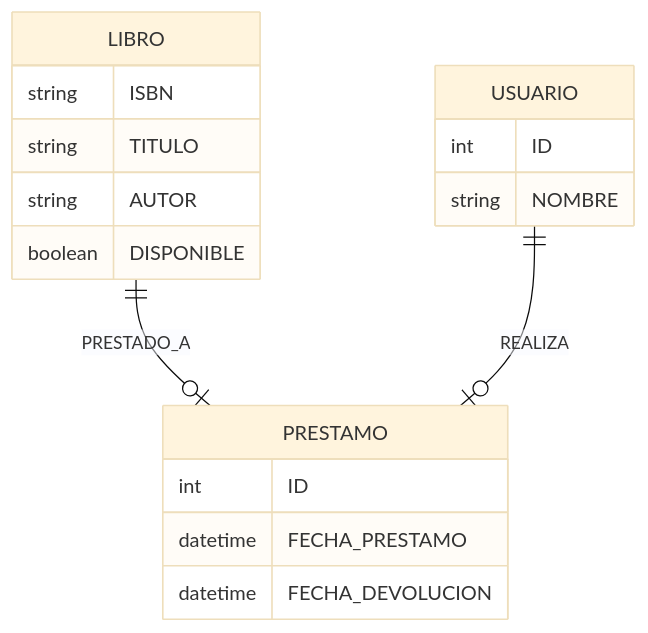
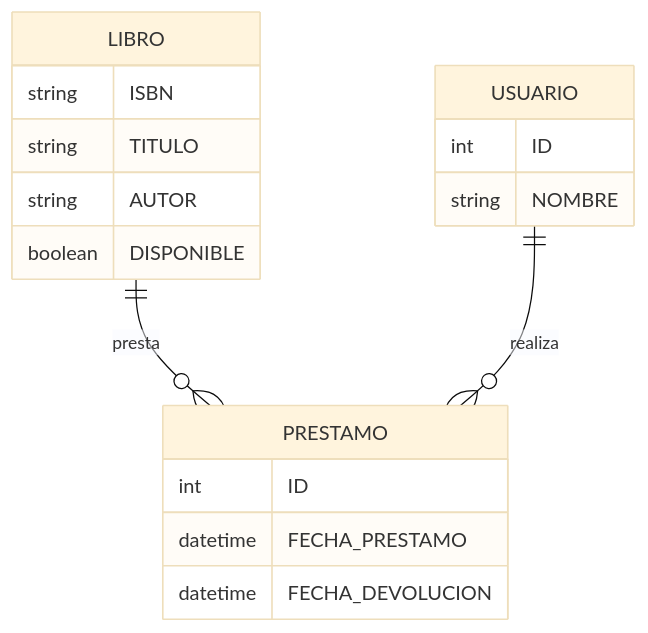
One commit to nahuelito2424/AOO changed the second of 3 diagrams in 1-01-Analisis_orientado_a_objetos_y_su_diferencia_con_el_analisis_estructurado.md. Above: the diagram before and after it, drawn with Mermaid (base theme).

````diff
--- a/1-01-Analisis_orientado_a_objetos_y_su_diferencia_con_el_analisis_estructurado.md
+++ b/1-01-Analisis_orientado_a_objetos_y_su_diferencia_con_el_analisis_estructurado.md
@@ -74,21 +74,22 @@
 ```mermaid
 erDiagram
     LIBRO {
         string ISBN
         string TITULO
         string AUTOR
         boolean DISPONIBLE
     }
     USUARIO {
         int ID
         string NOMBRE
     }
     PRESTAMO {
         int ID
         datetime FECHA_PRESTAMO
         datetime FECHA_DEVOLUCION
     }
-    LIBRO ||--o| PRESTAMO : "PRESTADO_A"
-    USUARIO ||--o| PRESTAMO : "REALIZA"
+    LIBRO ||--o{ PRESTAMO : "presta"
+    USUARIO ||--o{ PRESTAMO : "realiza"
+
 
 ```
````
